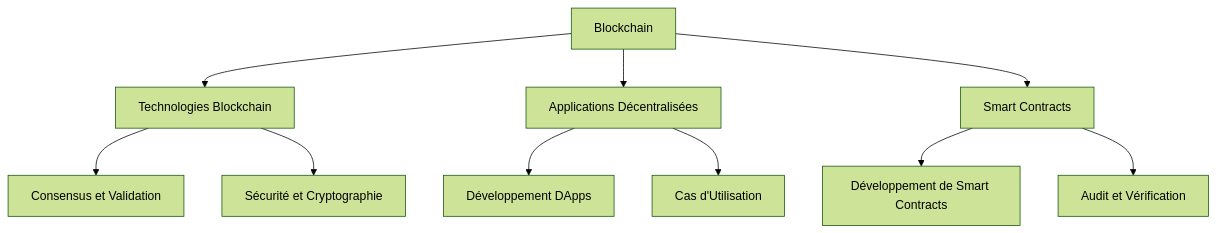
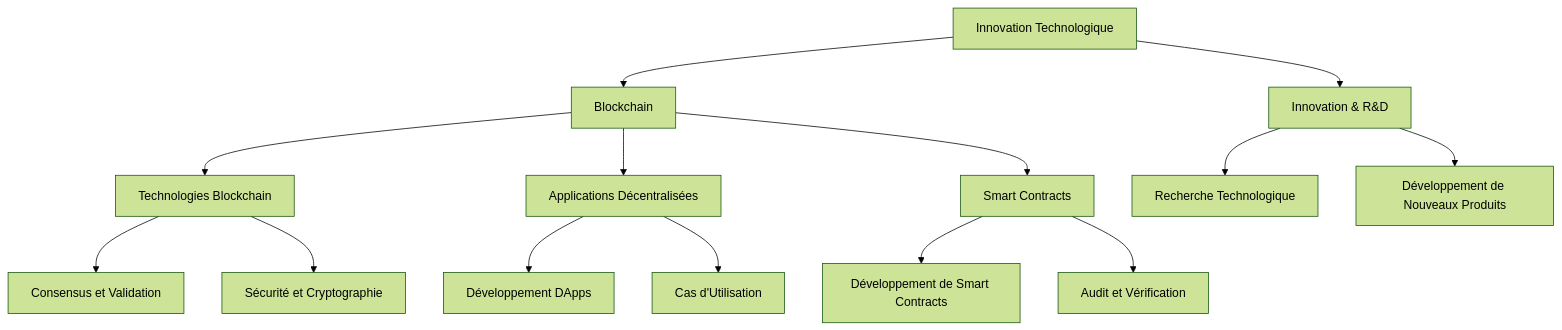
Before and after one commit to sanogotech/preparationCertificationCCNA: the eighth of 8 diagrams in TestSchema.md, drawn with Mermaid (forest theme). The commit also changed other lines of this file, not shown here.

````diff
--- a/TestSchema.md
+++ b/TestSchema.md
@@ -141,18 +149,26 @@
 ```mermaid
 graph TD
-    J[Blockchain] --> J1[Technologies Blockchain]
-    J --> J2[Applications Décentralisées]
-    J --> J3[Smart Contracts]
+    H[Innovation Technologique] --> H1[Blockchain]
+    H --> H2[Innovation & R&D]
+
+    %% Blockchain
+    H1 --> H1a[Technologies Blockchain]
+    H1 --> H1b[Applications Décentralisées]
+    H1 --> H1c[Smart Contracts]
 
     %% Technologies Blockchain
-    J1 --> J1a[Consensus et Validation]
-    J1 --> J1b[Sécurité et Cryptographie]
+    H1a --> H1a1[Consensus et Validation]
+    H1a --> H1a2[Sécurité et Cryptographie]
 
     %% Applications Décentralisées
-    J2 --> J2a[Développement DApps]
-    J2 --> J2b[Cas d'Utilisation]
+    H1b --> H1b1[Développement DApps]
+    H1b --> H1b2[Cas d'Utilisation]
 
     %% Smart Contracts
-    J3 --> J3a[Développement de Smart Contracts]
-    J3 --> J3b[Audit et Vérification]
+    H1c --> H1c1[Développement de Smart Contracts]
+    H1c --> H1c2[Audit et Vérification]
+
+    %% Innovation & R&D
+    H2 --> H2a[Recherche Technologique]
+    H2 --> H2b[Développement de Nouveaux Produits]
 ```
````
